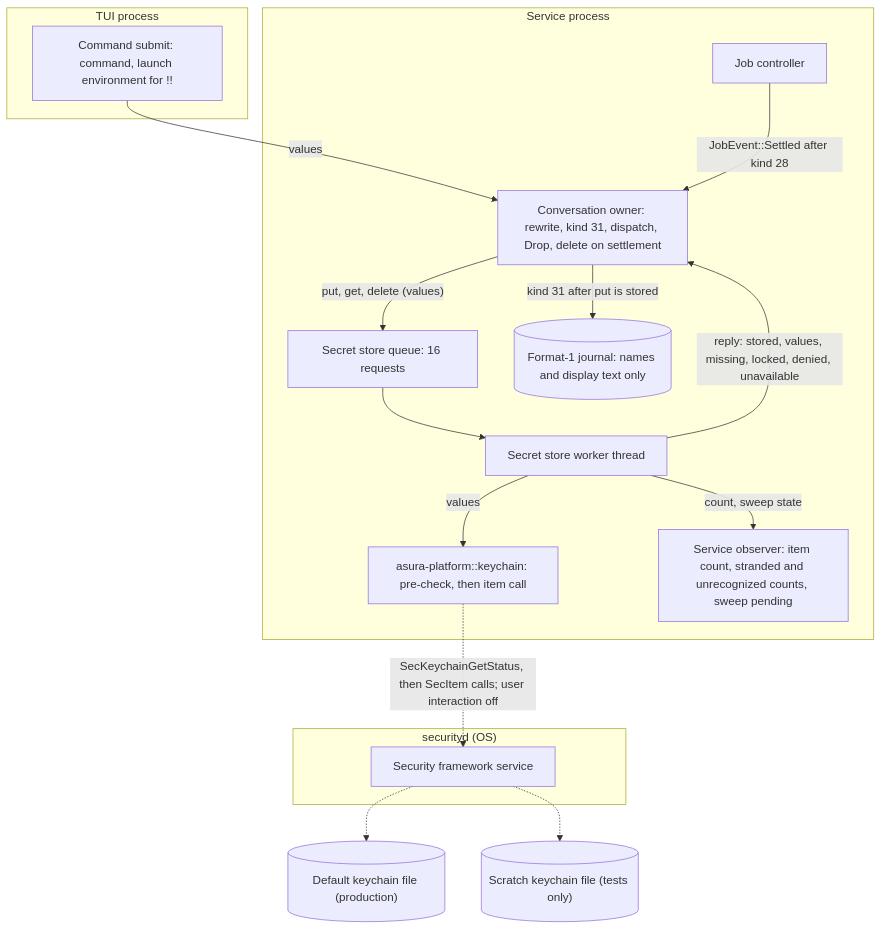
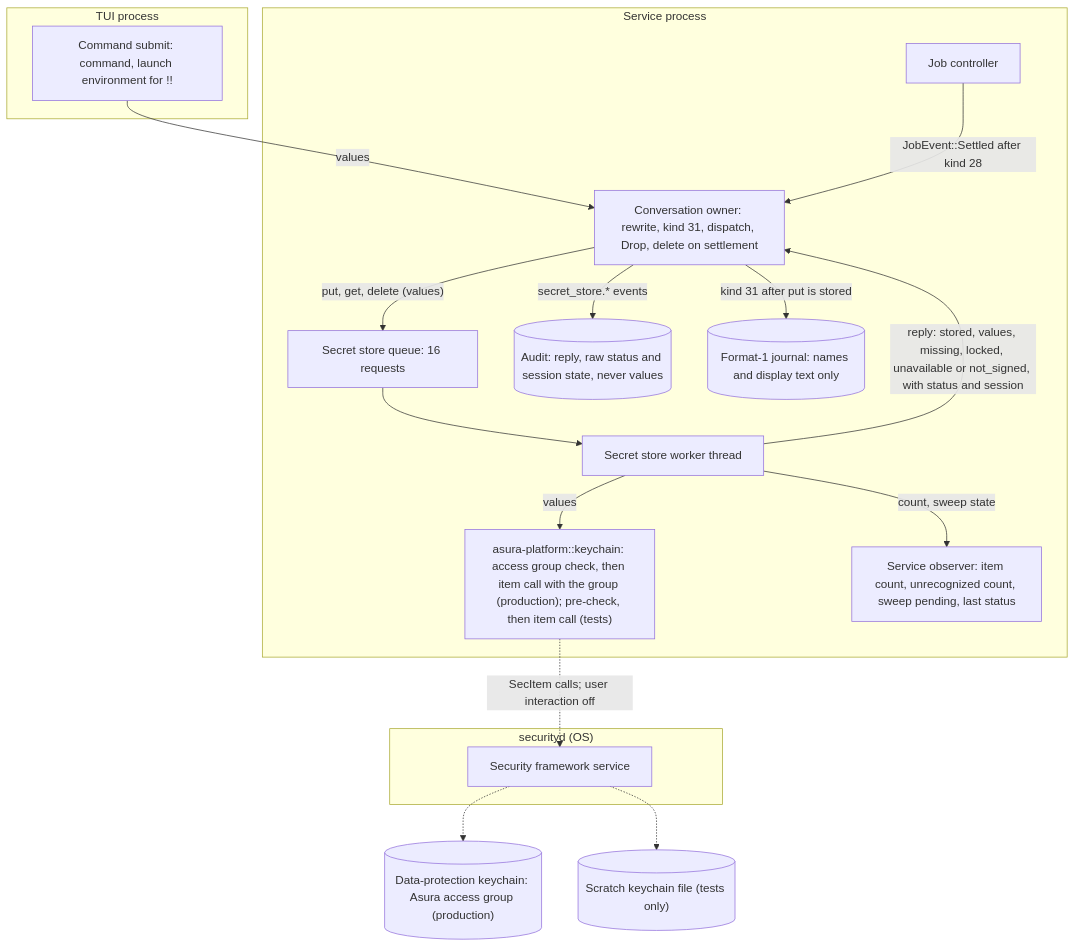
The first of 4 diagrams in docs/designs/secret-store.md (pidster/asura), drawn with Mermaid before and after one commit. The commit also changed other lines of this file and 4 other files, not shown here.

First line of the commit message:
Revise the team Keychain store design for the KC probe results (SG3)

````diff
--- a/docs/designs/secret-store.md
+++ b/docs/designs/secret-store.md
@@ -169,31 +192,33 @@
 ```mermaid
 flowchart TB
     subgraph TUIP["TUI process"]
         Sub["Command submit: command, launch environment for !!"]
     end
     subgraph SVC["Service process"]
         Own["Conversation owner: rewrite, kind 31, dispatch, Drop, delete on settlement"]
         Ctl["Job controller"]
         Q["Secret store queue: 16 requests"]
         W["Secret store worker thread"]
-        KC["asura-platform::keychain: pre-check, then item call"]
-        Obs["Service observer: item count, stranded and unrecognized counts, sweep pending"]
+        KC["asura-platform::keychain: access group check, then item call with the group (production); pre-check, then item call (tests)"]
+        Obs["Service observer: item count, unrecognized count, sweep pending, last status"]
+        A[("Audit: reply, raw status and session state, never values")]
         J[("Format-1 journal: names and display text only")]
     end
     subgraph SD["securityd (OS)"]
         Sec["Security framework service"]
     end
-    LK[("Default keychain file (production)")]
+    LK[("Data-protection keychain: Asura access group (production)")]
     SK[("Scratch keychain file (tests only)")]
     Sub -->|"values"| Own
     Own -->|"put, get, delete (values)"| Q
     Ctl -->|"JobEvent::Settled after kind 28"| Own
     Q --> W
     W -->|"values"| KC
-    KC -.->|"SecKeychainGetStatus, then SecItem calls; user interaction off"| Sec
+    KC -.->|"SecItem calls; user interaction off"| Sec
     Sec -.-> LK
     Sec -.-> SK
-    W -->|"reply: stored, values, missing, locked, denied, unavailable"| Own
+    W -->|"reply: stored, values, missing, locked, unavailable or not_signed, with status and session"| Own
     W -->|"count, sweep state"| Obs
     Own -->|"kind 31 after put is stored"| J
+    Own -->|"secret_store.* events"| A
 ```
````
